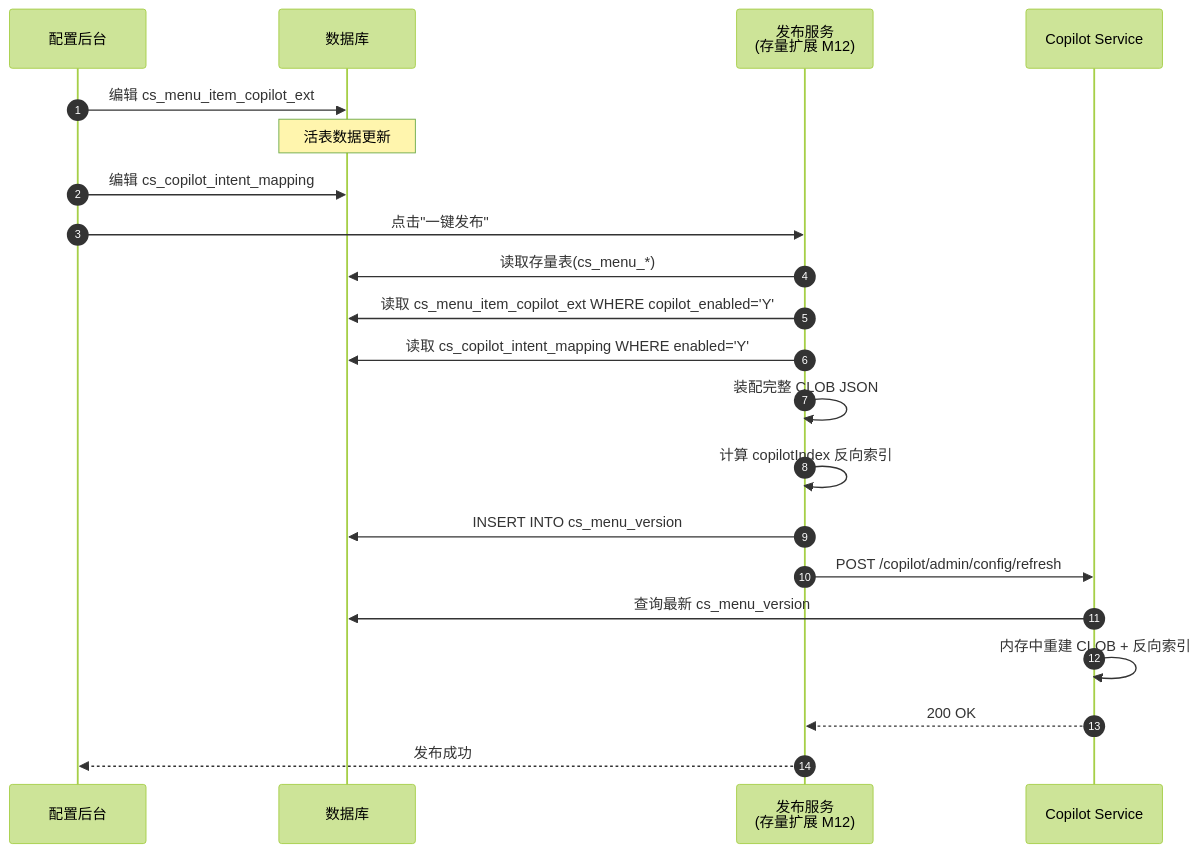
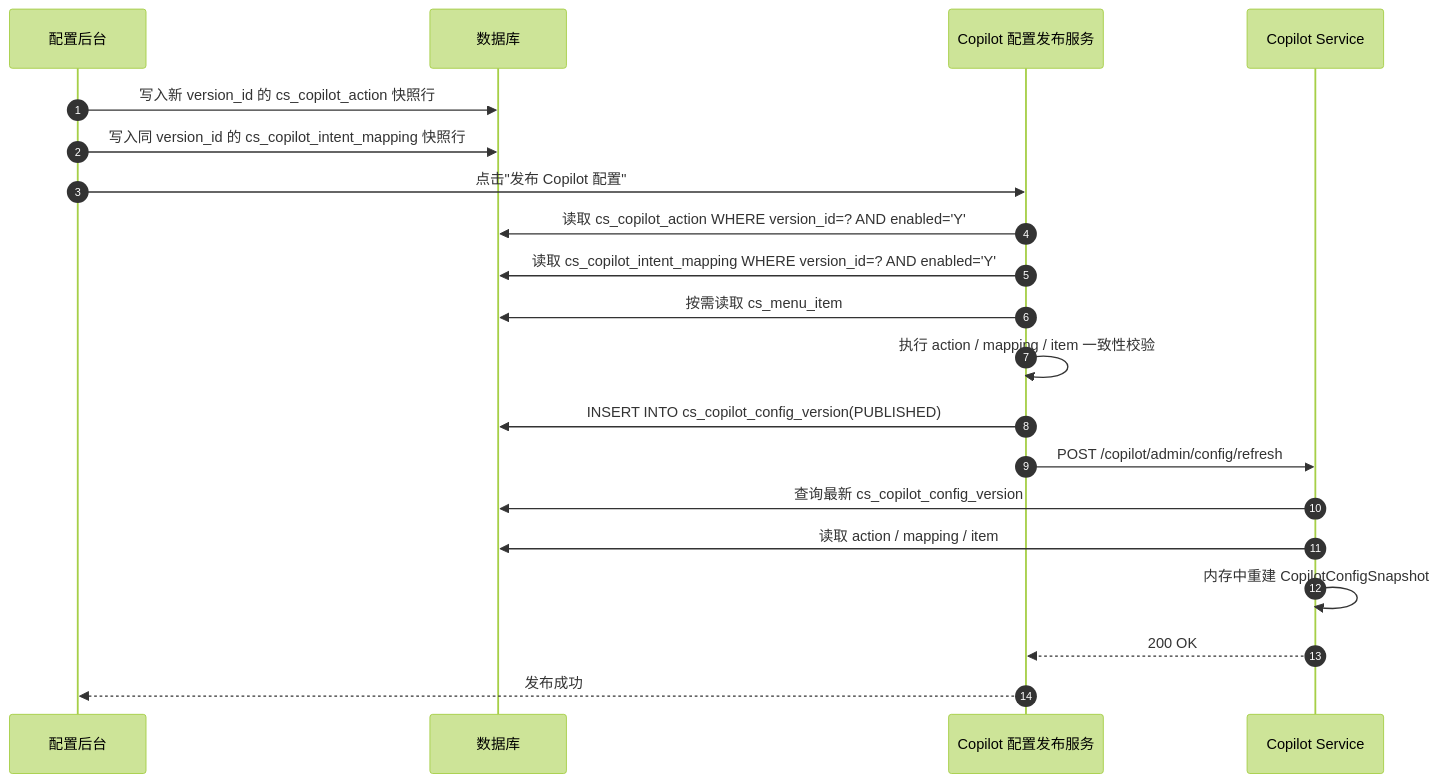
Before and after one commit to qzz617/copilot: diagram 21 of 24 in cs-copilot-service/docs/dd-v1.2.md, drawn with Mermaid (forest theme). The commit also changed other lines of this file and 118 other files, not shown here.

````diff
--- a/cs-copilot-service/docs/dd-v1.2.md
+++ b/cs-copilot-service/docs/dd-v1.2.md
@@ -3554,28 +3324,27 @@
 ```mermaid
 sequenceDiagram
     autonumber
     participant Admin as 配置后台
     participant DB as 数据库
-    participant Pub as 发布服务<br/>(存量扩展 M12)
+    participant Pub as Copilot 配置发布服务
     participant SVC as Copilot Service
 
-    Admin->>DB: 编辑 cs_menu_item_copilot_ext
-    Note over DB: 活表数据更新
-    Admin->>DB: 编辑 cs_copilot_intent_mapping
-    Admin->>Pub: 点击"一键发布"
+    Admin->>DB: 写入新 version_id 的 cs_copilot_action 快照行
+    Admin->>DB: 写入同 version_id 的 cs_copilot_intent_mapping 快照行
+    Admin->>Pub: 点击"发布 Copilot 配置"
 
-    Pub->>DB: 读取存量表(cs_menu_*)
-    Pub->>DB: 读取 cs_menu_item_copilot_ext WHERE copilot_enabled='Y'
-    Pub->>DB: 读取 cs_copilot_intent_mapping WHERE enabled='Y'
+    Pub->>DB: 读取 cs_copilot_action WHERE version_id=? AND enabled='Y'
+    Pub->>DB: 读取 cs_copilot_intent_mapping WHERE version_id=? AND enabled='Y'
+    Pub->>DB: 按需读取 cs_menu_item
 
-    Pub->>Pub: 装配完整 CLOB JSON
-    Pub->>Pub: 计算 copilotIndex 反向索引
-    Pub->>DB: INSERT INTO cs_menu_version
+    Pub->>Pub: 执行 action / mapping / item 一致性校验
+    Pub->>DB: INSERT INTO cs_copilot_config_version(PUBLISHED)
 
     Pub->>SVC: POST /copilot/admin/config/refresh
-    SVC->>DB: 查询最新 cs_menu_version
-    SVC->>SVC: 内存中重建 CLOB + 反向索引
+    SVC->>DB: 查询最新 cs_copilot_config_version
+    SVC->>DB: 读取 action / mapping / item
+    SVC->>SVC: 内存中重建 CopilotConfigSnapshot
     SVC-->>Pub: 200 OK
 
     Pub-->>Admin: 发布成功
 ```
````
